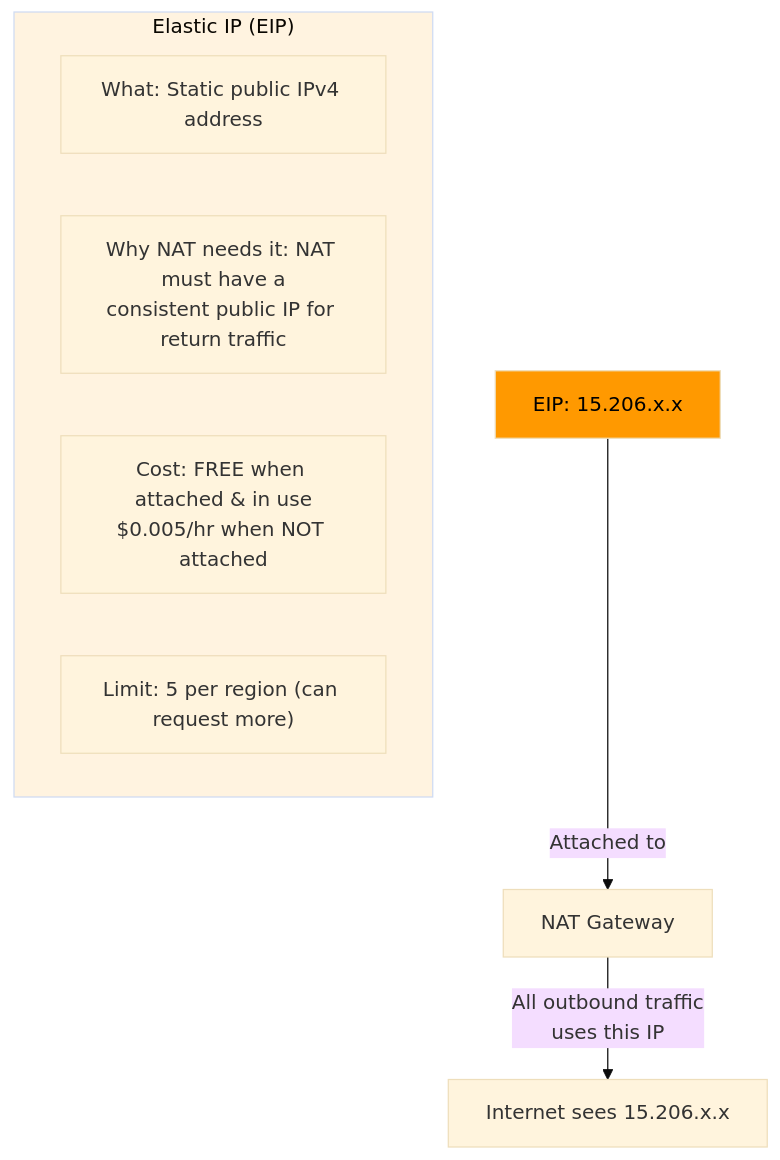
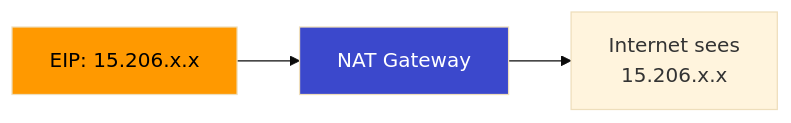
Diagram 13 of 17 in 05-nat-gateway/README.md (selvakumarperumal/AWS_Provisioning_with_Terraform), drawn with Mermaid (base theme) before and after one commit. The commit also changed other lines of this file, not shown here.

Commit message:
docs: nat updated again

````diff
--- a/05-nat-gateway/README.md
+++ b/05-nat-gateway/README.md
@@ -528,15 +503,8 @@
 ```mermaid
-graph TD
-    subgraph EIP_Explained["Elastic IP (EIP)"]
-        A["What: Static public IPv4 address"]
-        B["Why NAT needs it: NAT must have a<br/>consistent public IP for return traffic"]
-        C["Cost: FREE when attached & in use<br/>$0.005/hr when NOT attached"]
-        D["Limit: 5 per region (can request more)"]
-    end
+graph LR
+    EIP["EIP: 15.206.x.x"] --> NAT2["NAT Gateway"]
+    NAT2 --> Internet2["Internet sees\n15.206.x.x"]
 
-    EIP["EIP: 15.206.x.x"] -->|"Attached to"| NAT2["NAT Gateway"]
-    NAT2 -->|"All outbound traffic<br/>uses this IP"| Internet2["Internet sees 15.206.x.x"]
-
-    style EIP_Explained fill:#fff3e0
     style EIP fill:#ff9900,color:#000
+    style NAT2 fill:#3b48cc,color:#fff
 ```
````
